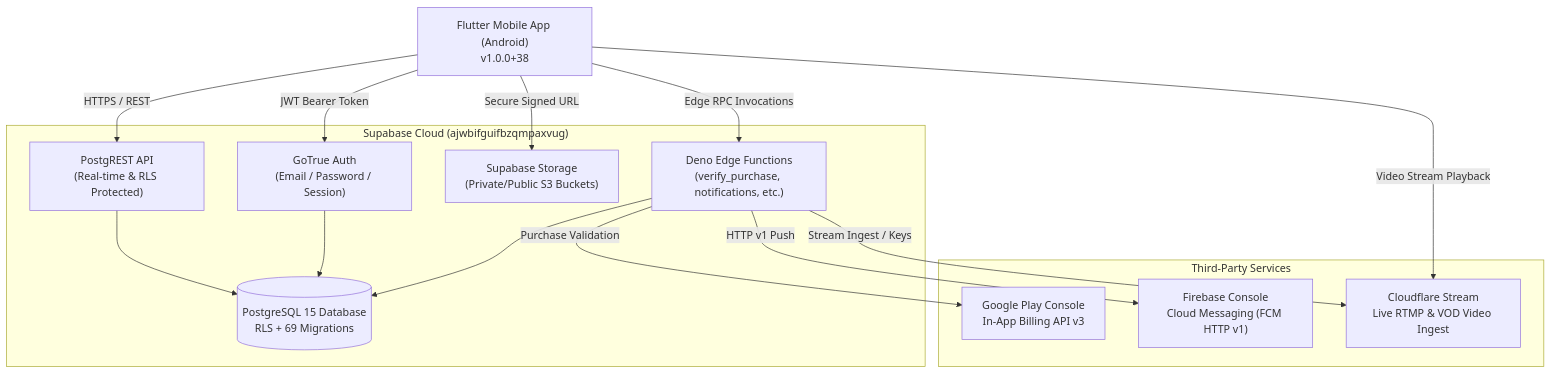
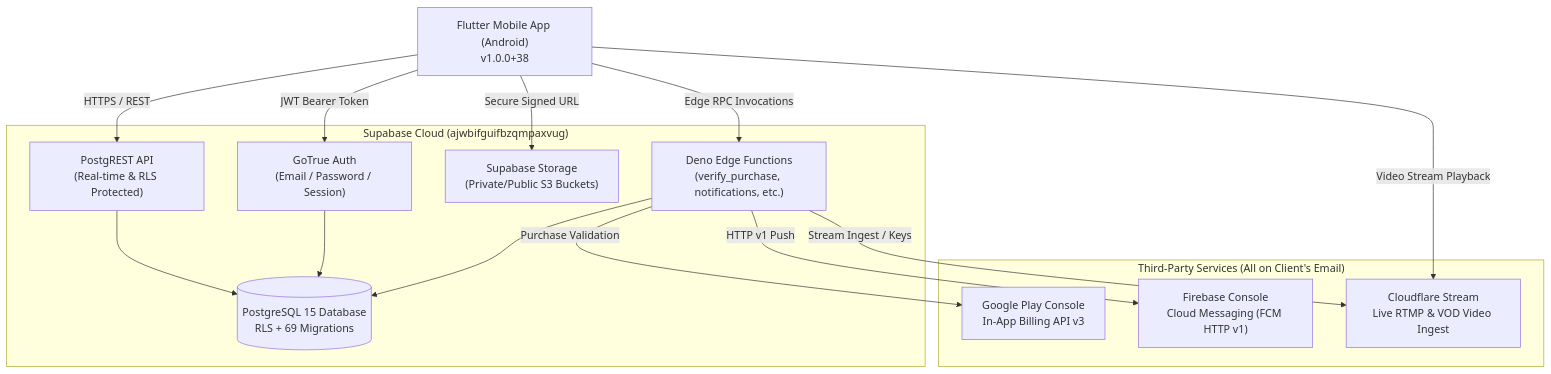
The diagram in HANDOFF_MANUAL.md (modernclasses/modernclassespatna), drawn with Mermaid before and after one commit. The commit also changed other lines of this file and 1 other file, not shown here.

Commit message:
docs: update handoff documentation to reflect client email account ownership and security steps

````diff
--- a/HANDOFF_MANUAL.md
+++ b/HANDOFF_MANUAL.md
@@ -31,31 +34,31 @@
 ```mermaid
 flowchart TD
     App["Flutter Mobile App (Android)<br/>v1.0.0+38"]
     
     subgraph SupabasePlatform["Supabase Cloud (ajwbifguifbzqmpaxvug)"]
         PostgREST["PostgREST API<br/>(Real-time & RLS Protected)"]
         AuthService["GoTrue Auth<br/>(Email / Password / Session)"]
         PostgresDB[(PostgreSQL 15 Database<br/>RLS + 69 Migrations)]
         StorageEngine["Supabase Storage<br/>(Private/Public S3 Buckets)"]
         EdgeFunctions["Deno Edge Functions<br/>(verify_purchase, notifications, etc.)"]
     end
     
-    subgraph ExternalCloudServices["Third-Party Services"]
+    subgraph ExternalCloudServices["Third-Party Services (All on Client's Email)"]
         GooglePlayStore["Google Play Console<br/>In-App Billing API v3"]
         FirebasePlatform["Firebase Console<br/>Cloud Messaging (FCM HTTP v1)"]
         Cloudflare["Cloudflare Stream<br/>Live RTMP & VOD Video Ingest"]
     end
 
     App -->|HTTPS / REST| PostgREST
     App -->|JWT Bearer Token| AuthService
     App -->|Secure Signed URL| StorageEngine
     App -->|Edge RPC Invocations| EdgeFunctions
     App -->|Video Stream Playback| Cloudflare
     
     PostgREST --> PostgresDB
     AuthService --> PostgresDB
     EdgeFunctions --> PostgresDB
     EdgeFunctions -->|Purchase Validation| GooglePlayStore
     EdgeFunctions -->|HTTP v1 Push| FirebasePlatform
     EdgeFunctions -->|Stream Ingest / Keys| Cloudflare
 ```
````
